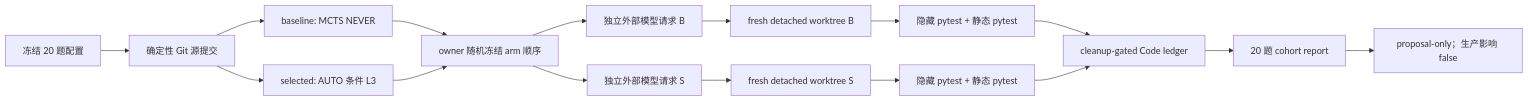
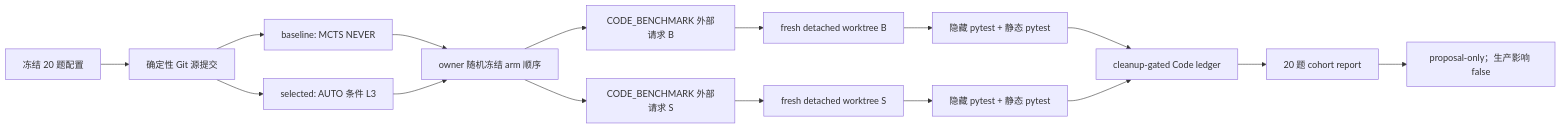
One commit to SakuraYoruno/Natsume_Ai changed diagram 14 of 14 in docs/50_project/arch/DATA_FLOW_ARCHITECTURE.md. Above: the diagram before and after it, drawn with Mermaid. The commit also changed other lines of this file and 11 other files, not shown here.

````diff
--- a/docs/50_project/arch/DATA_FLOW_ARCHITECTURE.md
+++ b/docs/50_project/arch/DATA_FLOW_ARCHITECTURE.md
@@ -356,18 +356,18 @@
 ```mermaid
 flowchart LR
     C["冻结 20 题配置"] --> G["确定性 Git 源提交"]
     G --> B["baseline: MCTS NEVER"]
     G --> S["selected: AUTO 条件 L3"]
     B --> O["owner 随机冻结 arm 顺序"]
     S --> O
-    O --> MB["独立外部模型请求 B"]
-    O --> MS["独立外部模型请求 S"]
+    O --> MB["CODE_BENCHMARK 外部请求 B"]
+    O --> MS["CODE_BENCHMARK 外部请求 S"]
     MB --> WB["fresh detached worktree B"]
     MS --> WS["fresh detached worktree S"]
     WB --> HB["隐藏 pytest + 静态 pytest"]
     WS --> HS["隐藏 pytest + 静态 pytest"]
     HB --> L["cleanup-gated Code ledger"]
     HS --> L
     L --> R["20 题 cohort report"]
     R --> P["proposal-only；生产影响 false"]
 ```
````
